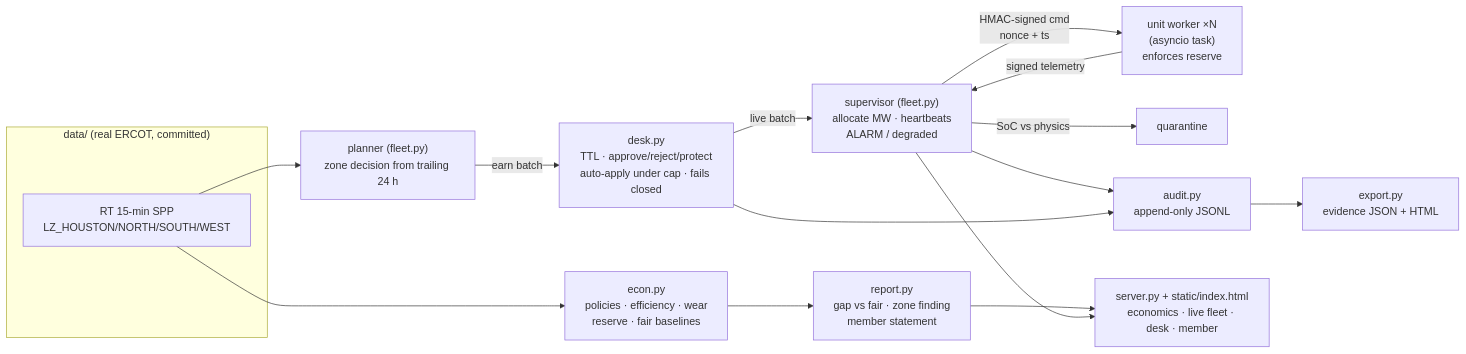
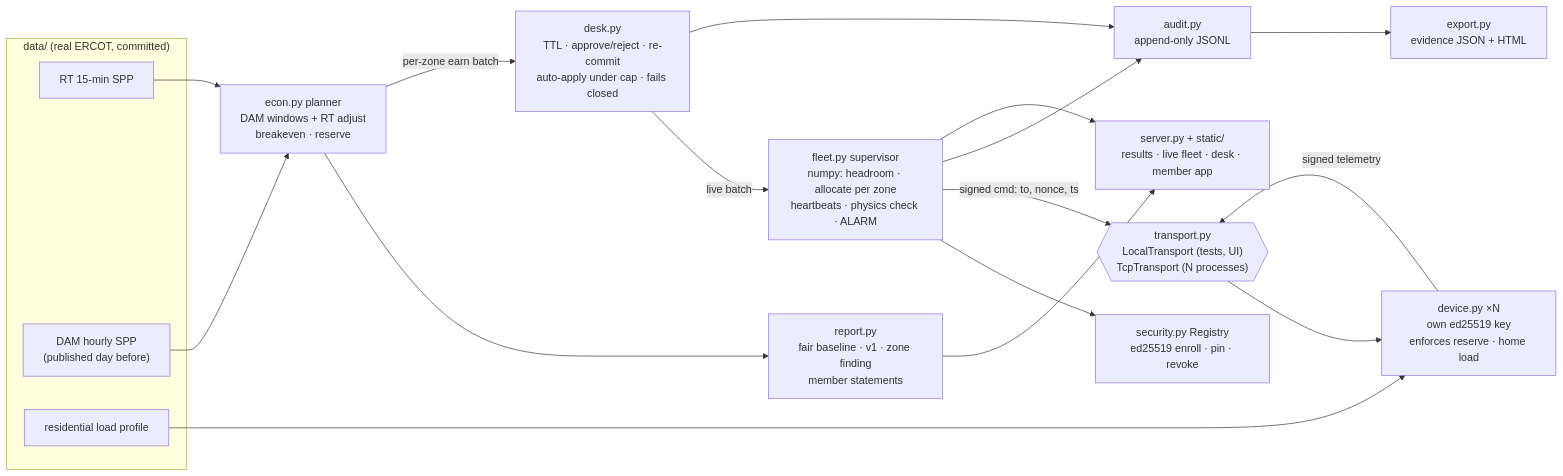
Before and after one commit to saivarun3407/wattgap: the diagram in README.md, drawn with Mermaid. The commit also changed other lines of this file and 3 other files, not shown here.

Commit message:
docs: fresh numbers (day-ahead planner, ed25519 + TCP, per-zone commitments, benchmark to 1M), parameter disclosure, 59 tests / 96% coverage

````diff
--- a/README.md
+++ b/README.md
@@ -75,19 +116,23 @@
 ```mermaid
 flowchart LR
   subgraph data["data/ (real ERCOT, committed)"]
-    CSV["RT 15-min SPP<br/>LZ_HOUSTON/NORTH/SOUTH/WEST"]
+    RT["RT 15-min SPP"]
+    DAM["DAM hourly SPP<br/>(published day before)"]
+    LP["residential load profile"]
   end
-  CSV --> ECON["econ.py<br/>policies · efficiency · wear<br/>reserve · fair baselines"]
-  ECON --> REPORT["report.py<br/>gap vs fair · zone finding<br/>member statement"]
-  CSV --> PLAN["planner (fleet.py)<br/>zone decision from trailing 24 h"]
-  PLAN -->|earn batch| DESK["desk.py<br/>TTL · approve/reject/protect<br/>auto-apply under cap · fails closed"]
-  DESK -->|live batch| SUP["supervisor (fleet.py)<br/>allocate MW · heartbeats<br/>ALARM / degraded"]
-  SUP -->|HMAC-signed cmd<br/>nonce + ts| U1["unit worker ×N<br/>(asyncio task)<br/>enforces reserve"]
-  U1 -->|signed telemetry| SUP
-  SUP -->|SoC vs physics| Q["quarantine"]
+  DAM --> PLAN["econ.py planner<br/>DAM windows + RT adjust<br/>breakeven · reserve"]
+  RT --> PLAN
+  PLAN --> REPORT["report.py<br/>fair baseline · v1 · zone finding<br/>member statements"]
+  PLAN -->|per-zone earn batch| DESK["desk.py<br/>TTL · approve/reject · re-commit<br/>auto-apply under cap · fails closed"]
+  DESK -->|live batch| SUP["fleet.py supervisor<br/>numpy: headroom · allocate per zone<br/>heartbeats · physics check · ALARM"]
+  SUP --> REG["security.py Registry<br/>ed25519 enroll · pin · revoke"]
+  SUP -->|signed cmd: to, nonce, ts| TR{{"transport.py<br/>LocalTransport (tests, UI)<br/>TcpTransport (N processes)"}}
+  TR --> DEV["device.py ×N<br/>own ed25519 key<br/>enforces reserve · home load"]
+  DEV -->|signed telemetry| TR
+  LP --> DEV
   SUP --> AUDIT["audit.py<br/>append-only JSONL"]
   DESK --> AUDIT
   AUDIT --> EXPORT["export.py<br/>evidence JSON + HTML"]
-  REPORT --> UI["server.py + static/index.html<br/>economics · live fleet · desk · member"]
+  REPORT --> UI["server.py + static/<br/>results · live fleet · desk · member app"]
   SUP --> UI
 ```
````
